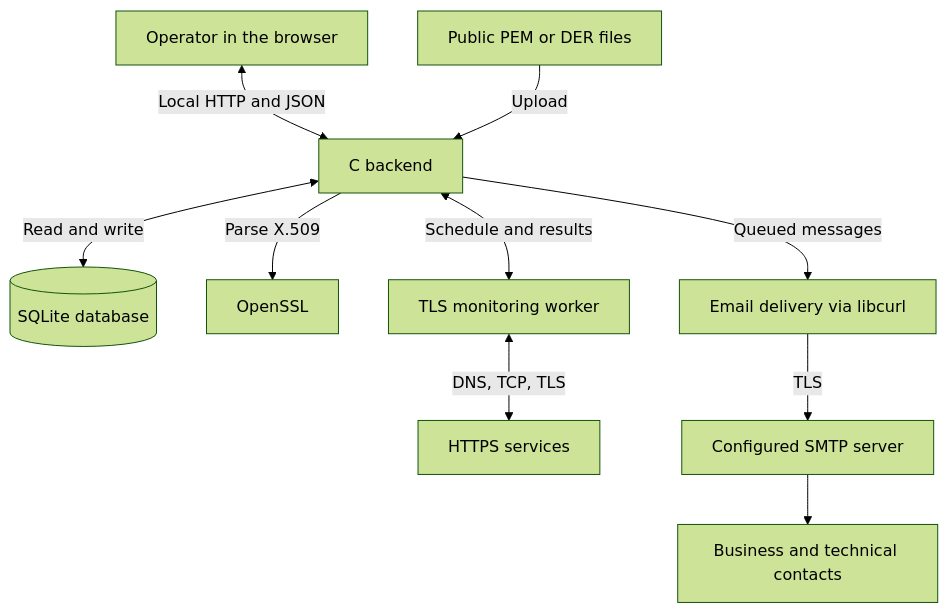
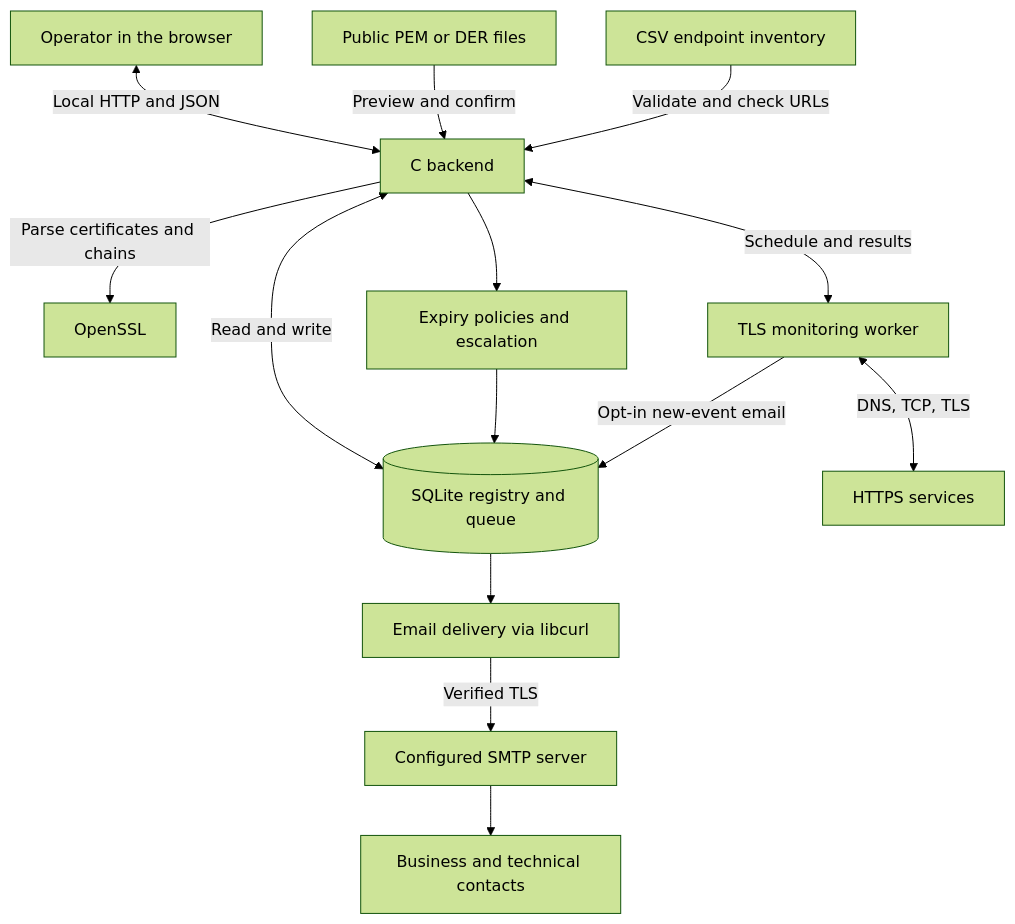
One commit to GiorgioOppo/Certificate-Manager changed the first of 2 diagrams in docs/WORKFLOW.md. Above: the diagram before and after it, drawn with Mermaid (forest theme). The commit also changed other lines of this file and 37 other files, not shown here.

````diff
--- a/docs/WORKFLOW.md
+++ b/docs/WORKFLOW.md
@@ -11,12 +11,16 @@
 ```mermaid
 flowchart TD
     User["Operator in the browser"] <-->|Local HTTP and JSON| Backend["C backend"]
-    Files["Public PEM or DER files"] -->|Upload| Backend
-    Backend <-->|Read and write| DB[("SQLite database")]
-    Backend -->|Parse X.509| X509["OpenSSL"]
+    Files["Public PEM or DER files"] -->|Preview and confirm| Backend
+    CSV["CSV endpoint inventory"] -->|Validate and check URLs| Backend
+    Backend <-->|Read and write| DB[("SQLite registry and queue")]
+    Backend -->|Parse certificates and chains| X509["OpenSSL"]
     Backend <-->|Schedule and results| Monitor["TLS monitoring worker"]
     Monitor <-->|DNS, TCP, TLS| Services["HTTPS services"]
-    Backend -->|Queued messages| Mail["Email delivery via libcurl"]
-    Mail -->|TLS| SMTP["Configured SMTP server"]
+    Backend --> Rules["Expiry policies and escalation"]
+    Rules --> DB
+    Monitor -->|Opt-in new-event email| DB
+    DB --> Mail["Email delivery via libcurl"]
+    Mail -->|Verified TLS| SMTP["Configured SMTP server"]
     SMTP --> Contacts["Business and technical contacts"]
 ```
````
